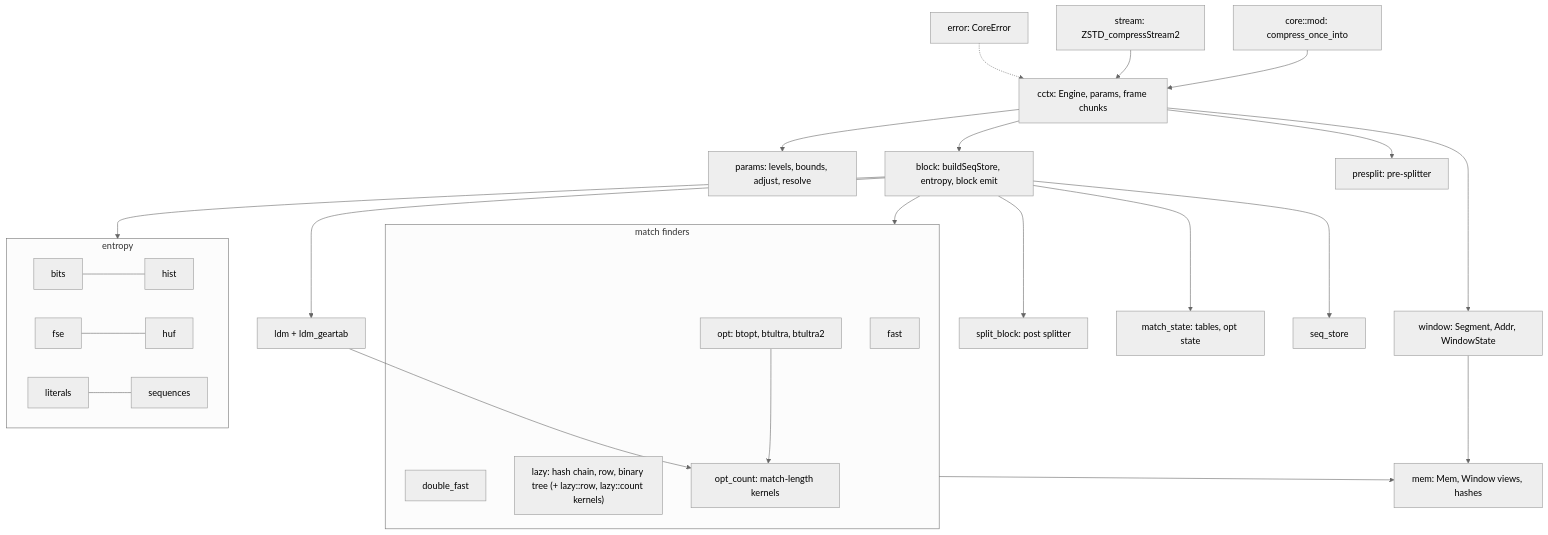
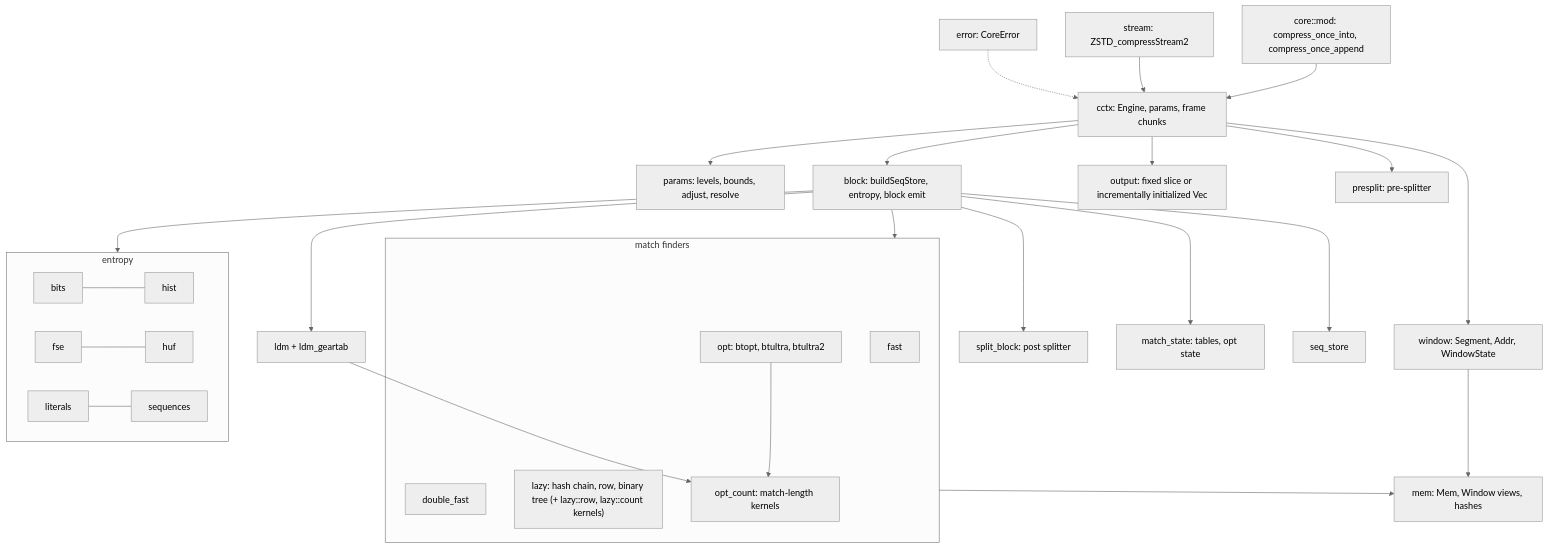
Before and after one commit to M-Compressors/mzstd: the first of 10 diagrams in architecture/encoder-core.md, drawn with Mermaid (neutral theme). The commit also changed other lines of this file and 275 other files, not shown here.

Commit message:
optimize tiny files flow

````diff
--- a/architecture/encoder-core.md
+++ b/architecture/encoder-core.md
@@ -13,32 +13,33 @@
 ```mermaid
 graph TD
-    Mod["core::mod: compress_once_into"] --> Cctx[cctx: Engine, params, frame chunks]
+    Mod["core::mod: compress_once_into, compress_once_append"] --> Cctx[cctx: Engine, params, frame chunks]
     Stream[stream: ZSTD_compressStream2] --> Cctx
     Cctx --> Params[params: levels, bounds, adjust, resolve]
     Cctx --> Window[window: Segment, Addr, WindowState]
     Cctx --> Block[block: buildSeqStore, entropy, block emit]
+    Cctx --> Output["output: fixed slice or incrementally initialized Vec"]
     Cctx --> Presplit[presplit: pre-splitter]
     Block --> Split[split_block: post splitter]
     Block --> MS[match_state: tables, opt state]
     Block --> Finders
     subgraph Finders[match finders]
         Fast[fast]
         DFast[double_fast]
         Lazy["lazy: hash chain, row, binary tree (+ lazy::row, lazy::count kernels)"]
         Opt["opt: btopt, btultra, btultra2"]
         OptCount["opt_count: match-length kernels"]
         Opt --> OptCount
     end
     Block --> Ldm[ldm + ldm_geartab]
     Ldm --> OptCount
     Block --> Seq[seq_store]
     Block --> Entropy
     subgraph Entropy[entropy]
         Bits[bits] --- Hist[hist]
         Fse[fse] --- Huf[huf]
         Lit[literals] --- Seqs[sequences]
     end
     Finders --> Mem["mem: Mem, Window views, hashes"]
     Window --> Mem
     Error[error: CoreError] -.-> Cctx
 ```
````
